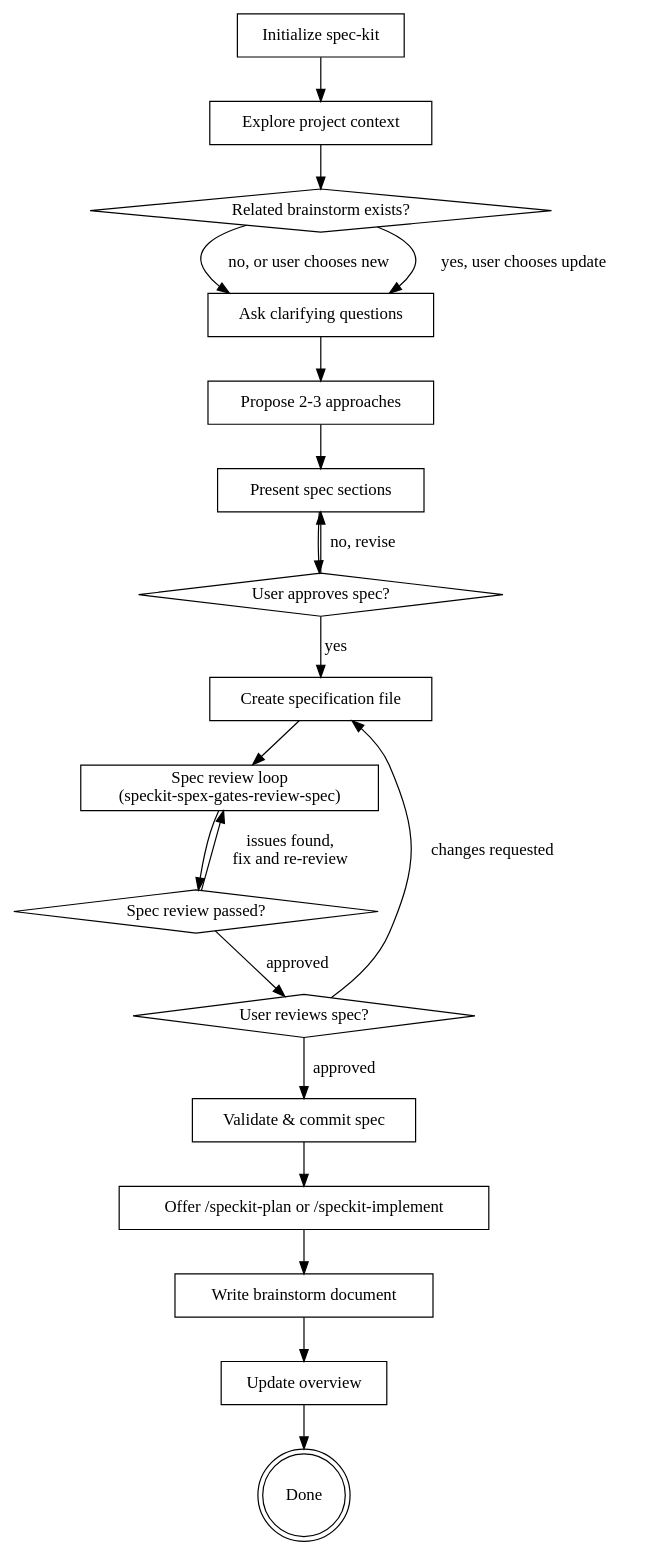
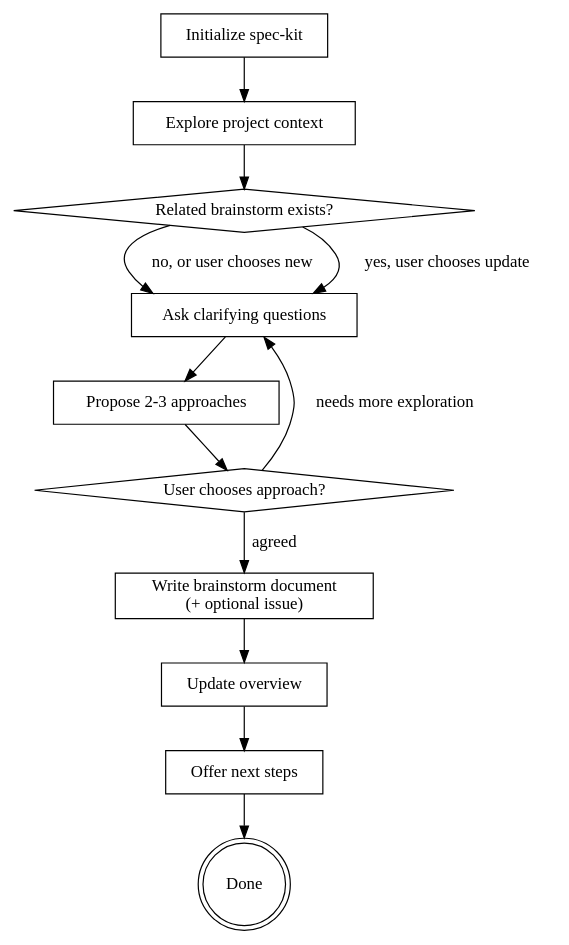
One commit to danny-programasemilla/mentoory-ps changed the diagram in .specify/extensions/spex/commands/speckit.spex.brainstorm.md. Above: the diagram before and after it, drawn with Graphviz. The commit also changed other lines of this file and 39 other files, not shown here.

````diff
--- a/.specify/extensions/spex/commands/speckit.spex.brainstorm.md
+++ b/.specify/extensions/spex/commands/speckit.spex.brainstorm.md
@@ -61,40 +40,26 @@
 ```dot
 digraph brainstorming {
     "Initialize spec-kit" [shape=box];
     "Explore project context" [shape=box];
     "Related brainstorm exists?" [shape=diamond];
     "Ask clarifying questions" [shape=box];
     "Propose 2-3 approaches" [shape=box];
-    "Present spec sections" [shape=box];
-    "User approves spec?" [shape=diamond];
-    "Create specification file" [shape=box];
-    "Spec review loop\n(speckit-spex-gates-review-spec)" [shape=box];
-    "Spec review passed?" [shape=diamond];
-    "User reviews spec?" [shape=diamond];
-    "Validate & commit spec" [shape=box];
-    "Offer /speckit-plan or /speckit-implement" [shape=box];
-    "Write brainstorm document" [shape=box];
+    "User chooses approach?" [shape=diamond];
+    "Write brainstorm document\n(+ optional issue)" [shape=box];
     "Update overview" [shape=box];
+    "Offer next steps" [shape=box];
     "Done" [shape=doublecircle];
 
     "Initialize spec-kit" -> "Explore project context";
     "Explore project context" -> "Related brainstorm exists?";
     "Related brainstorm exists?" -> "Ask clarifying questions" [label="no, or user chooses new"];
     "Related brainstorm exists?" -> "Ask clarifying questions" [label="yes, user chooses update"];
     "Ask clarifying questions" -> "Propose 2-3 approaches";
-    "Propose 2-3 approaches" -> "Present spec sections";
-    "Present spec sections" -> "User approves spec?";
-    "User approves spec?" -> "Present spec sections" [label="no, revise"];
-    "User approves spec?" -> "Create specification file" [label="yes"];
-    "Create specification file" -> "Spec review loop\n(speckit-spex-gates-review-spec)";
-    "Spec review loop\n(speckit-spex-gates-review-spec)" -> "Spec review passed?";
-    "Spec review passed?" -> "Spec review loop\n(speckit-spex-gates-review-spec)" [label="issues found,\nfix and re-review"];
-    "Spec review passed?" -> "User reviews spec?" [label="approved"];
-    "User reviews spec?" -> "Create specification file" [label="changes requested"];
-    "User reviews spec?" -> "Validate & commit spec" [label="approved"];
-    "Validate & commit spec" -> "Offer /speckit-plan or /speckit-implement";
-    "Offer /speckit-plan or /speckit-implement" -> "Write brainstorm document";
-    "Write brainstorm document" -> "Update overview";
-    "Update overview" -> "Done";
+    "Propose 2-3 approaches" -> "User chooses approach?";
+    "User chooses approach?" -> "Ask clarifying questions" [label="needs more exploration"];
+    "User chooses approach?" -> "Write brainstorm document\n(+ optional issue)" [label="agreed"];
+    "Write brainstorm document\n(+ optional issue)" -> "Update overview";
+    "Update overview" -> "Offer next steps";
+    "Offer next steps" -> "Done";
 }
 ```
````
